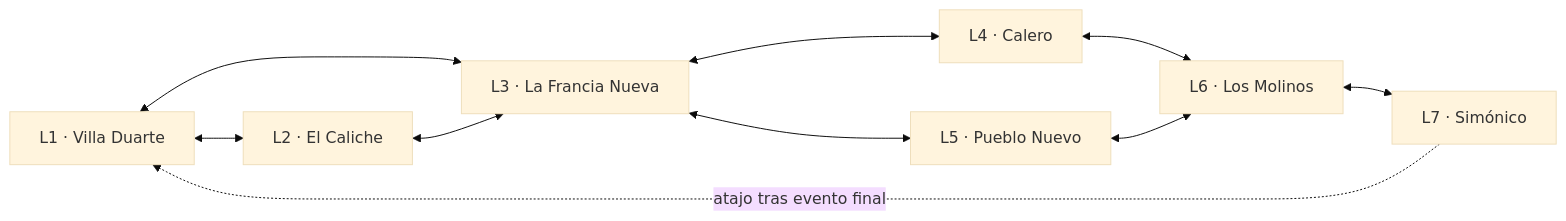
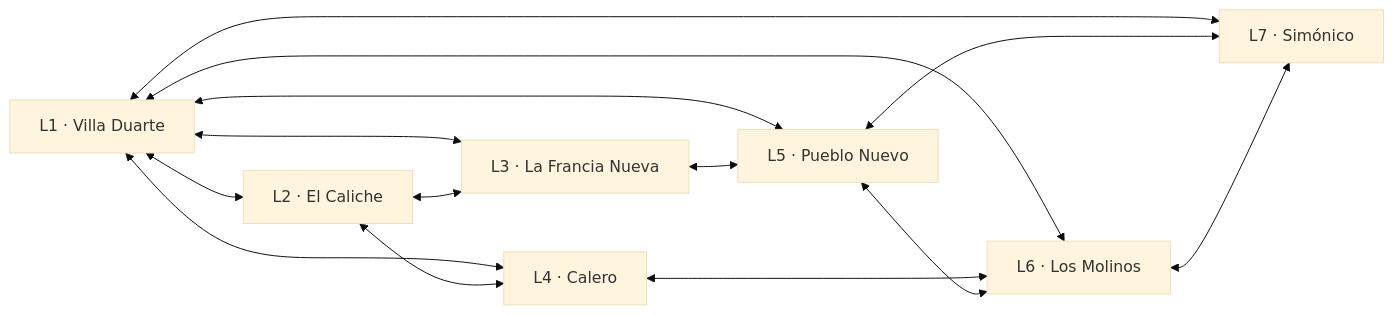
One commit to dicksonmancebo09-commits/trecetrece changed the diagram in docs/villa-duarte-sector-cero/LEVEL_ROOM_MASTER_PLAN_V2.md. Above: the diagram before and after it, drawn with Mermaid (base theme). The commit also changed other lines of this file, not shown here.

Commit message:
Update master plan with extracted source door graph

````diff
--- a/docs/villa-duarte-sector-cero/LEVEL_ROOM_MASTER_PLAN_V2.md
+++ b/docs/villa-duarte-sector-cero/LEVEL_ROOM_MASTER_PLAN_V2.md
@@ -33,12 +33,16 @@
 ```mermaid
 flowchart LR
 L01["L1 · Villa Duarte"] <--> L02["L2 · El Caliche"]
 L01 <--> L03["L3 · La Francia Nueva"]
+L01 <--> L04["L4 · Calero"]
+L01 <--> L05["L5 · Pueblo Nuevo"]
+L01 <--> L06["L6 · Los Molinos"]
+L01 <--> L07["L7 · Simónico"]
 L02 <--> L03
-L03 <--> L04["L4 · Calero"]
-L03 <--> L05["L5 · Pueblo Nuevo"]
-L04 <--> L06["L6 · Los Molinos"]
+L02 <--> L04
+L03 <--> L05
+L04 <--> L06
 L05 <--> L06
-L06 <--> L07["L7 · Simónico"]
-L07 -. "atajo tras evento final" .-> L01
+L05 <--> L07
+L06 <--> L07
 ```
````
